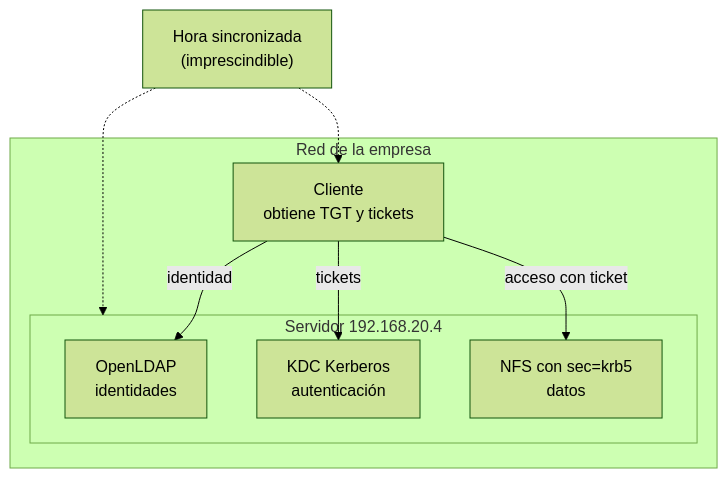
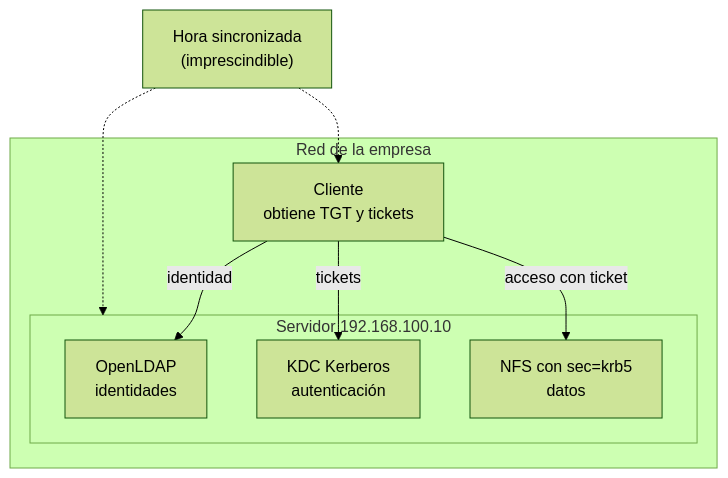
The seventh of 8 diagrams in sistemas_operativos_en_red/04_seguridad_del_escenario_y_kerberos.md (martin2745/curso-linux), drawn with Mermaid (forest theme) before and after one commit. The commit also changed other lines of this file and 14 other files, not shown here.

````diff
--- a/sistemas_operativos_en_red/04_seguridad_del_escenario_y_kerberos.md
+++ b/sistemas_operativos_en_red/04_seguridad_del_escenario_y_kerberos.md
@@ -320,16 +320,16 @@
 ```mermaid
 flowchart TB
     subgraph RED["Red de la empresa"]
-        subgraph SRV["Servidor 192.168.20.4"]
+        subgraph SRV["Servidor 192.168.100.10"]
             LDAP["OpenLDAP<br>identidades"]
             KDC["KDC Kerberos<br>autenticación"]
             NFS["NFS con sec=krb5<br>datos"]
         end
         CLI["Cliente<br>obtiene TGT y tickets"]
     end
     CLI -->|"identidad"| LDAP
     CLI -->|"tickets"| KDC
     CLI -->|"acceso con ticket"| NFS
     NTP["Hora sincronizada<br>(imprescindible)"] -.-> SRV
     NTP -.-> CLI
 ```
````
